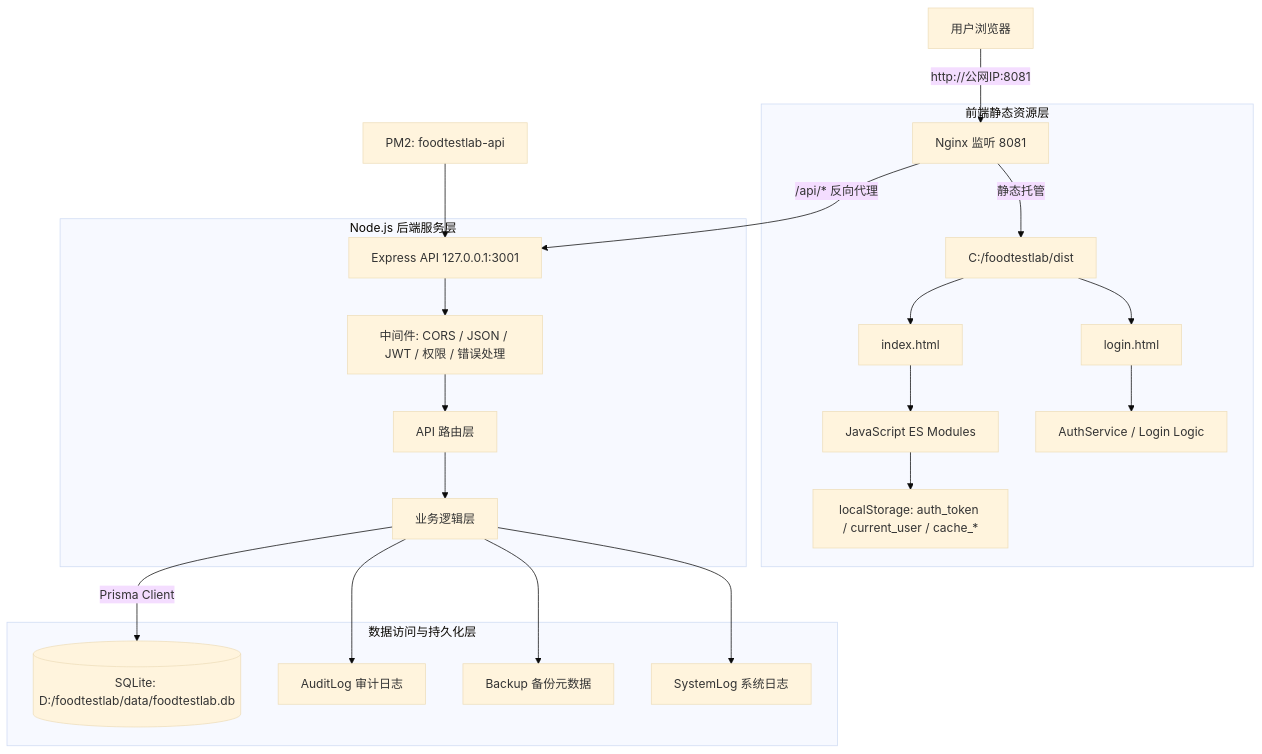
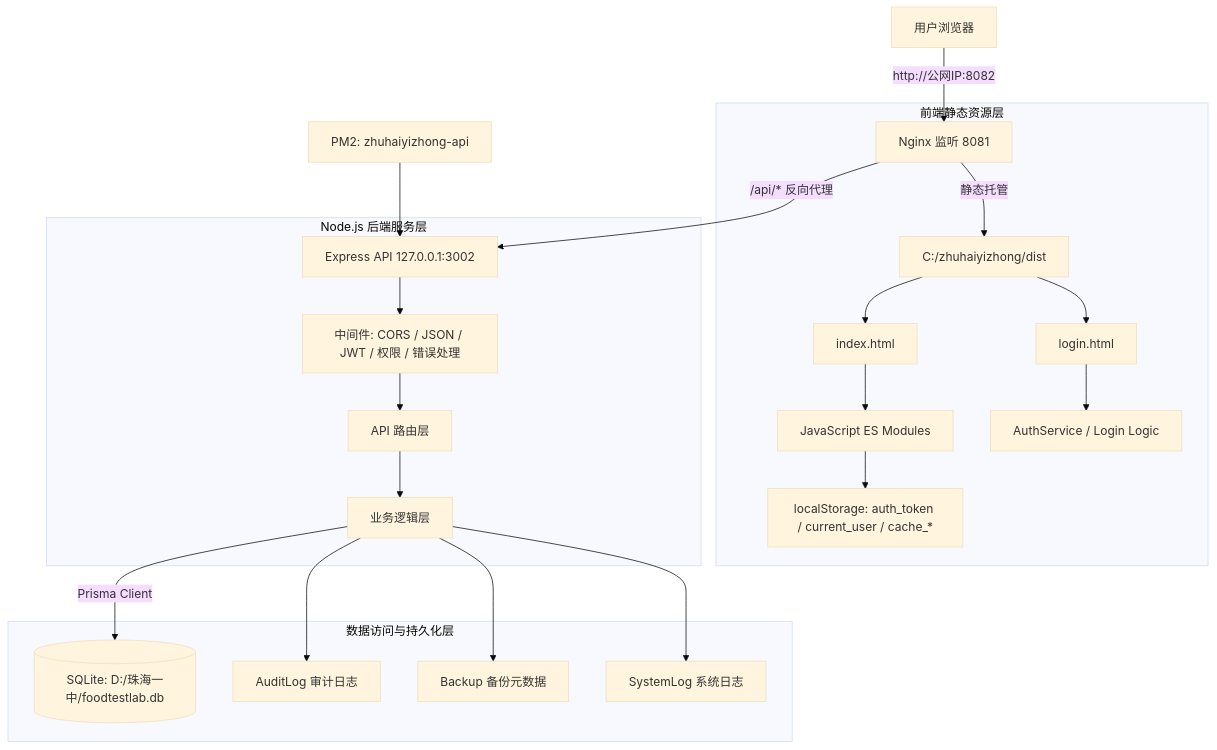
One commit to ArthurUker/Tianjiabing_foodtestlab changed the first of 2 diagrams in docs/ARCHITECTURE.md. Above: the diagram before and after it, drawn with Mermaid (base theme). The commit also changed other lines of this file and 11 other files, not shown here.

````diff
--- a/docs/ARCHITECTURE.md
+++ b/docs/ARCHITECTURE.md
@@ -192,29 +192,29 @@
 ```mermaid
 flowchart TD
-    User[用户浏览器] -->|http://公网IP:8081| Nginx[Nginx 监听 8081]
+    User[用户浏览器] -->|http://公网IP:8082| Nginx[Nginx 监听 8081]
 
     subgraph Frontend_Server [前端静态资源层]
-        Nginx -->|静态托管| Static[C:/foodtestlab/dist]
+        Nginx -->|静态托管| Static[C:/zhuhaiyizhong/dist]
         Static --> Index[index.html]
         Static --> Login[login.html]
         Index --> JS[JavaScript ES Modules]
         Login --> AuthJS[AuthService / Login Logic]
         JS --> LocalStorage[localStorage: auth_token / current_user / cache_*]
     end
 
     subgraph Backend_Server [Node.js 后端服务层]
-        Nginx -->|/api/* 反向代理| Express[Express API 127.0.0.1:3001]
+        Nginx -->|/api/* 反向代理| Express[Express API 127.0.0.1:3002]
         Express --> Middleware[中间件: CORS / JSON / JWT / 权限 / 错误处理]
         Middleware --> Routes[API 路由层]
         Routes --> Controllers[业务逻辑层]
     end
 
     subgraph Data_Layer [数据访问与持久化层]
-        Controllers -->|Prisma Client| SQLite[(SQLite: D:/foodtestlab/data/foodtestlab.db)]
+        Controllers -->|Prisma Client| SQLite[(SQLite: D:/珠海一中/foodtestlab.db)]
         Controllers --> Audit[AuditLog 审计日志]
         Controllers --> Backup[Backup 备份元数据]
         Controllers --> SystemLog[SystemLog 系统日志]
     end
 
-    PM2[PM2: foodtestlab-api] --> Express
+    PM2[PM2: zhuhaiyizhong-api] --> Express
 ```
````
